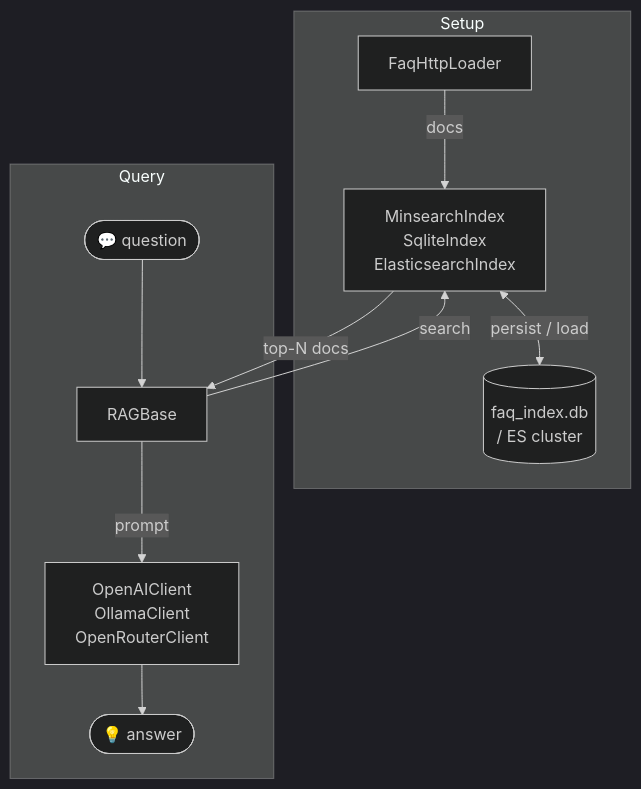
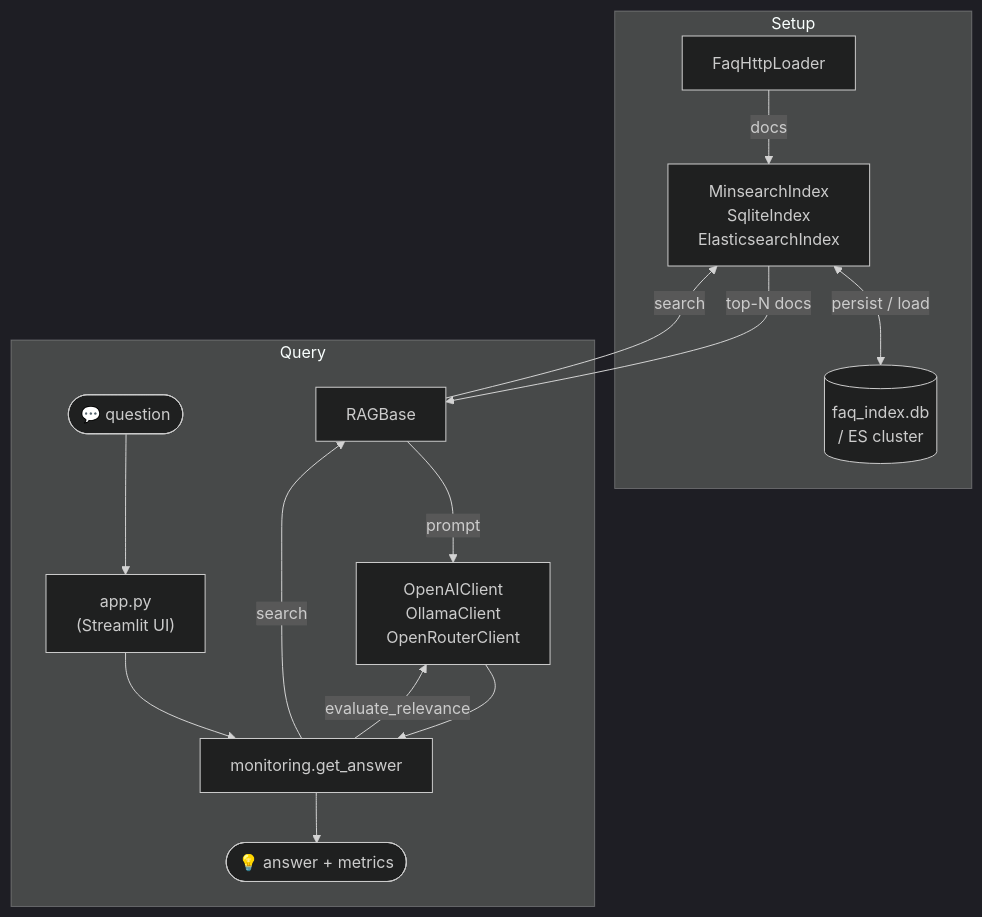
One commit to vadimvvlasov/rag-app-with-llms changed the diagram in README.md. Above: the diagram before and after it, drawn with Mermaid (dark theme). The commit also changed other lines of this file and 3 other files, not shown here.

First line of the commit message:
docs(project): add Streamlit UI and monitoring layer documentation

````diff
--- a/README.md
+++ b/README.md
@@ -7,15 +7,19 @@
 ```mermaid
 flowchart TD
     subgraph Setup
         FL["FaqHttpLoader"] -->|docs| IDX["MinsearchIndex\nSqliteIndex\nElasticsearchIndex"]
         IDX <-->|persist / load| DB[("faq_index.db\n/ ES cluster")]
     end
 
     subgraph Query
-        Q(["💬 question"]) --> RAG["RAGBase"]
+        Q(["💬 question"]) --> APP["app.py\n(Streamlit UI)"]
+        APP --> MON["monitoring.get_answer"]
+        MON -->|search| RAG["RAGBase"]
         RAG -->|search| IDX
         IDX -->|top-N docs| RAG
         RAG -->|prompt| LLM["OpenAIClient\nOllamaClient\nOpenRouterClient"]
-        LLM --> A(["💡 answer"])
+        LLM --> MON
+        MON -->|evaluate_relevance| LLM
+        MON --> A(["💡 answer + metrics"])
     end
 ```
````
